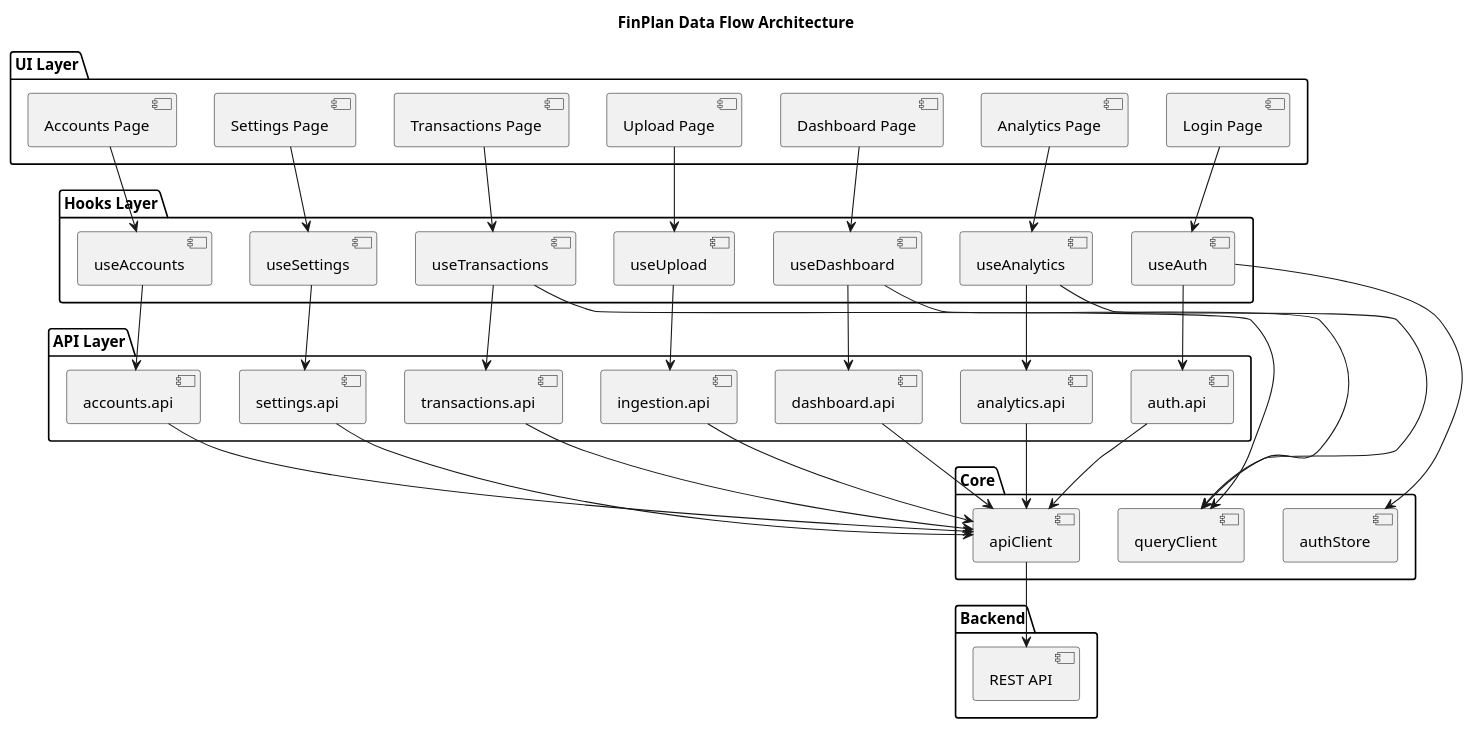
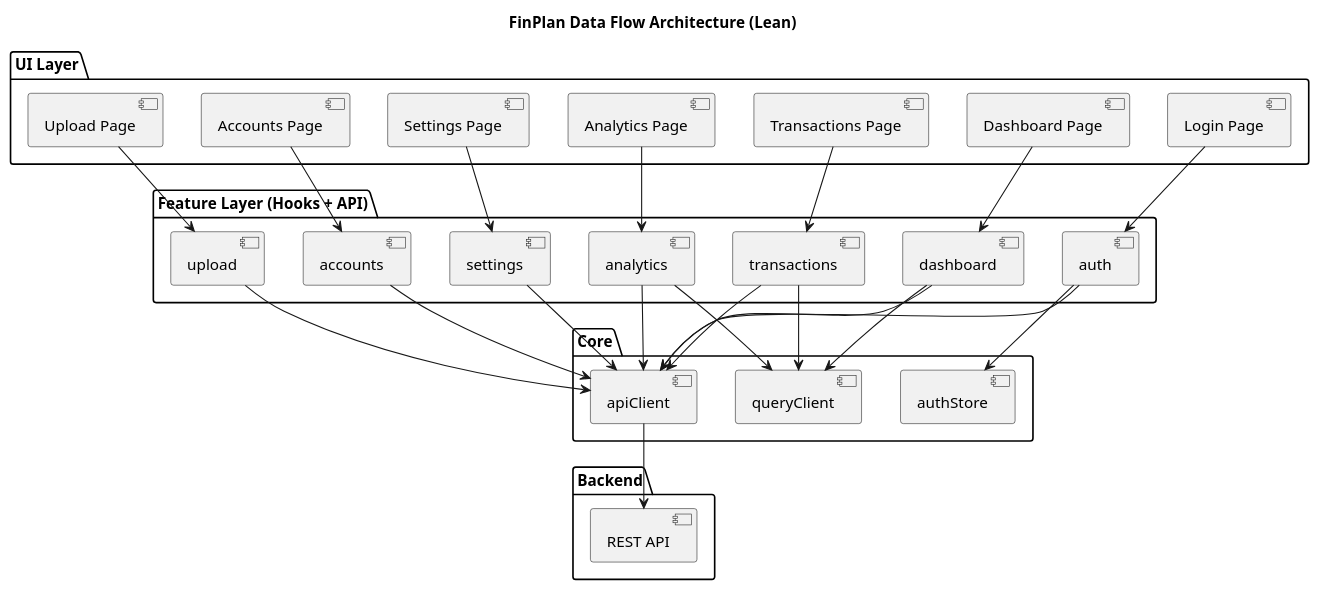
One commit to ruanbeets/fintech-platform changed the diagram in docs/architecture/current/frontend_data_flow.puml. Above: the diagram before and after it, drawn with PlantUML. The commit also changed 84 other files, not shown here.

Commit message:
frontend: migrate to Vite + clean architecture (app/core/features), routing + layout scaffold working

```diff
--- a/docs/architecture/current/frontend_data_flow.puml
+++ b/docs/architecture/current/frontend_data_flow.puml
@@ -1,80 +1,62 @@
 @startuml
-title FinPlan Data Flow Architecture
+title FinPlan Data Flow Architecture (Lean)
 
 top to bottom direction
 
 package "UI Layer" {
   [Login Page]
   [Dashboard Page]
   [Accounts Page]
   [Transactions Page]
   [Analytics Page]
   [Upload Page]
   [Settings Page]
 }
 
-package "Hooks Layer" {
-  [useAuth]
-  [useDashboard]
-  [useAccounts]
-  [useTransactions]
-  [useAnalytics]
-  [useUpload]
-  [useSettings]
-}
-
-package "API Layer" {
-  [auth.api]
-  [dashboard.api]
-  [accounts.api]
-  [transactions.api]
-  [analytics.api]
-  [ingestion.api]
-  [settings.api]
+package "Feature Layer (Hooks + API)" {
+  [auth]
+  [dashboard]
+  [accounts]
+  [transactions]
+  [analytics]
+  [upload]
+  [settings]
 }
 
 package "Core" {
   [apiClient]
   [queryClient]
   [authStore]
 }
 
 package "Backend" {
   [REST API]
 }
 
-' STRAIGHT VERTICAL FLOW
+' VERTICAL FLOW
 
-[Login Page] --> [useAuth]
-[Dashboard Page] --> [useDashboard]
-[Accounts Page] --> [useAccounts]
-[Transactions Page] --> [useTransactions]
-[Analytics Page] --> [useAnalytics]
-[Upload Page] --> [useUpload]
-[Settings Page] --> [useSettings]
+[Login Page] --> [auth]
+[Dashboard Page] --> [dashboard]
+[Accounts Page] --> [accounts]
+[Transactions Page] --> [transactions]
+[Analytics Page] --> [analytics]
+[Upload Page] --> [upload]
+[Settings Page] --> [settings]
 
-[useAuth] --> [auth.api]
-[useDashboard] --> [dashboard.api]
-[useAccounts] --> [accounts.api]
-[useTransactions] --> [transactions.api]
-[useAnalytics] --> [analytics.api]
-[useUpload] --> [ingestion.api]
-[useSettings] --> [settings.api]
-
-[auth.api] --> [apiClient]
-[dashboard.api] --> [apiClient]
-[accounts.api] --> [apiClient]
-[transactions.api] --> [apiClient]
-[analytics.api] --> [apiClient]
-[ingestion.api] --> [apiClient]
-[settings.api] --> [apiClient]
+[auth] --> [apiClient]
+[dashboard] --> [apiClient]
+[accounts] --> [apiClient]
+[transactions] --> [apiClient]
+[analytics] --> [apiClient]
+[upload] --> [apiClient]
+[settings] --> [apiClient]
 
 [apiClient] --> [REST API]
 
-' STATE (side connections, minimal)
-[useAuth] --> [authStore]
-[useDashboard] --> [queryClient]
-[useTransactions] --> [queryClient]
-[useAnalytics] --> [queryClient]
+' STATE LINKS (minimal)
+[auth] --> [authStore]
+[dashboard] --> [queryClient]
+[transactions] --> [queryClient]
+[analytics] --> [queryClient]
 
 @enduml
```
